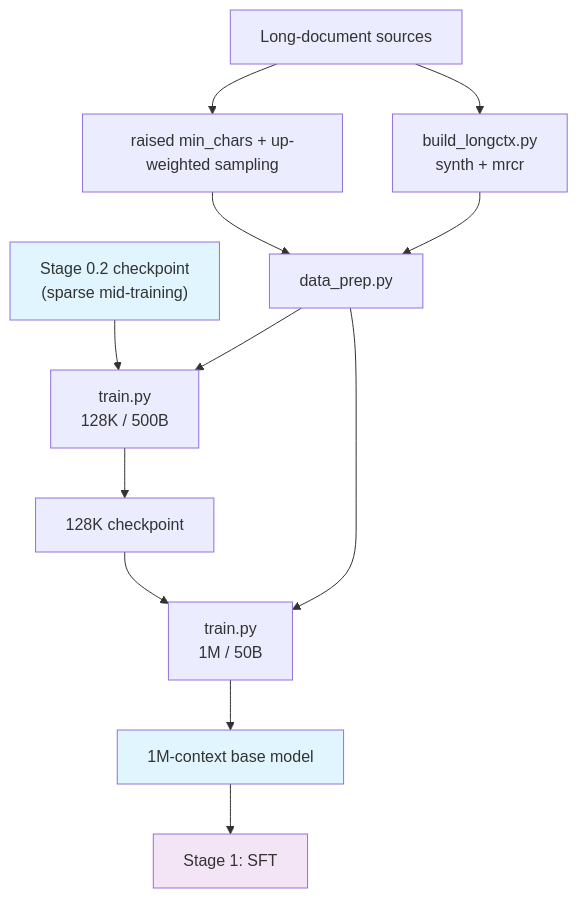
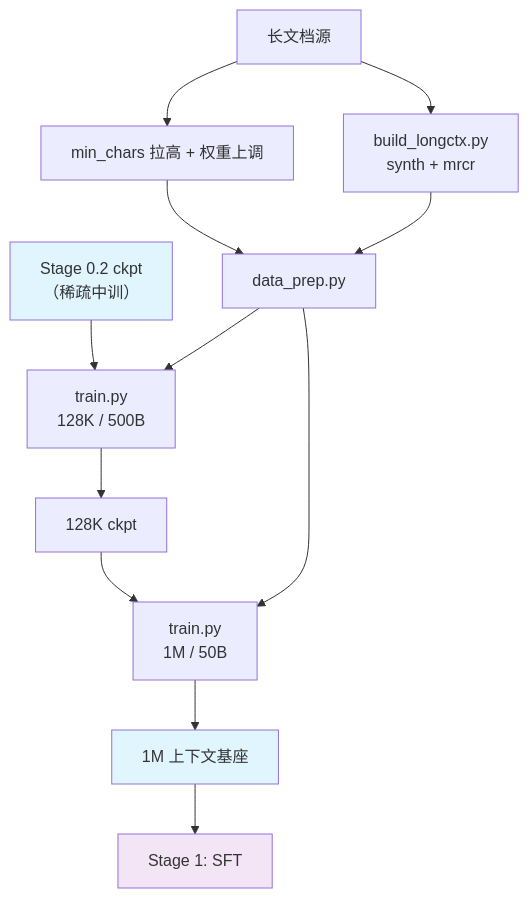
One commit to zongzhilou/shensi changed the diagram in src/shensi/recipes/shensi/stage0_pretrain/stage3_longctx/README.md. Above: the diagram before and after it, drawn with Mermaid. The commit also changed other lines of this file and 13 other files, not shown here.

````diff
--- a/src/shensi/recipes/shensi/stage0_pretrain/stage3_longctx/README.md
+++ b/src/shensi/recipes/shensi/stage0_pretrain/stage3_longctx/README.md
@@ -114,14 +104,13 @@
 ```mermaid
 flowchart TB
-    prev["Stage 0.2 checkpoint<br/>(sparse mid-training)"] --> tr["train.py<br/>128K / 500B"]
-    tr --> c1["128K checkpoint"] --> tr2["train.py<br/>1M / 50B"] --> base["1M-context base model"]
-    docs["Long-document sources"] --> up["raised min_chars + up-weighted sampling"] --> dp["data_prep.py"]
+    prev["Stage 0.2 ckpt<br/>（稀疏中训）"] --> tr["train.py<br/>128K / 500B"]
+    tr --> c1["128K ckpt"] --> tr2["train.py<br/>1M / 50B"] --> base["1M 上下文基座"]
+    docs["长文档源"] --> up["min_chars 拉高 + 权重上调"] --> dp["data_prep.py"]
     docs --> bl["build_longctx.py<br/>synth + mrcr"] --> dp
     dp --> tr
     dp --> tr2
     base --> next["Stage 1: SFT"]
-
     style prev fill:#e1f5fe
     style base fill:#e1f5fe
     style next fill:#f3e5f5
 ```
````
